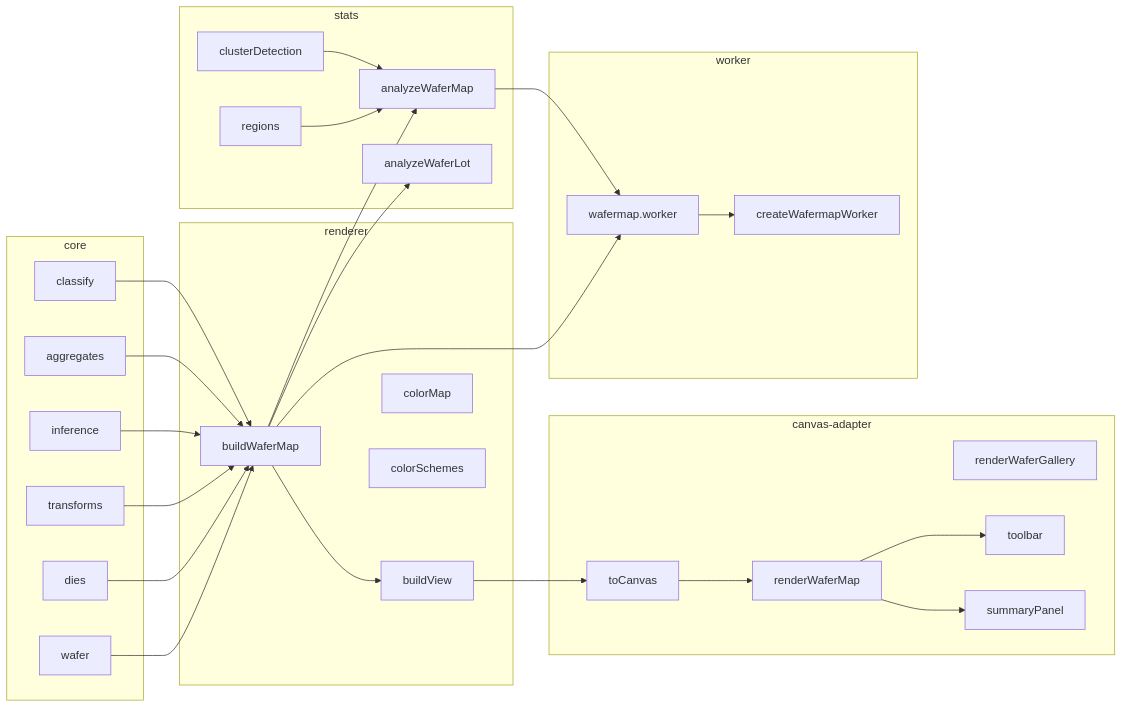
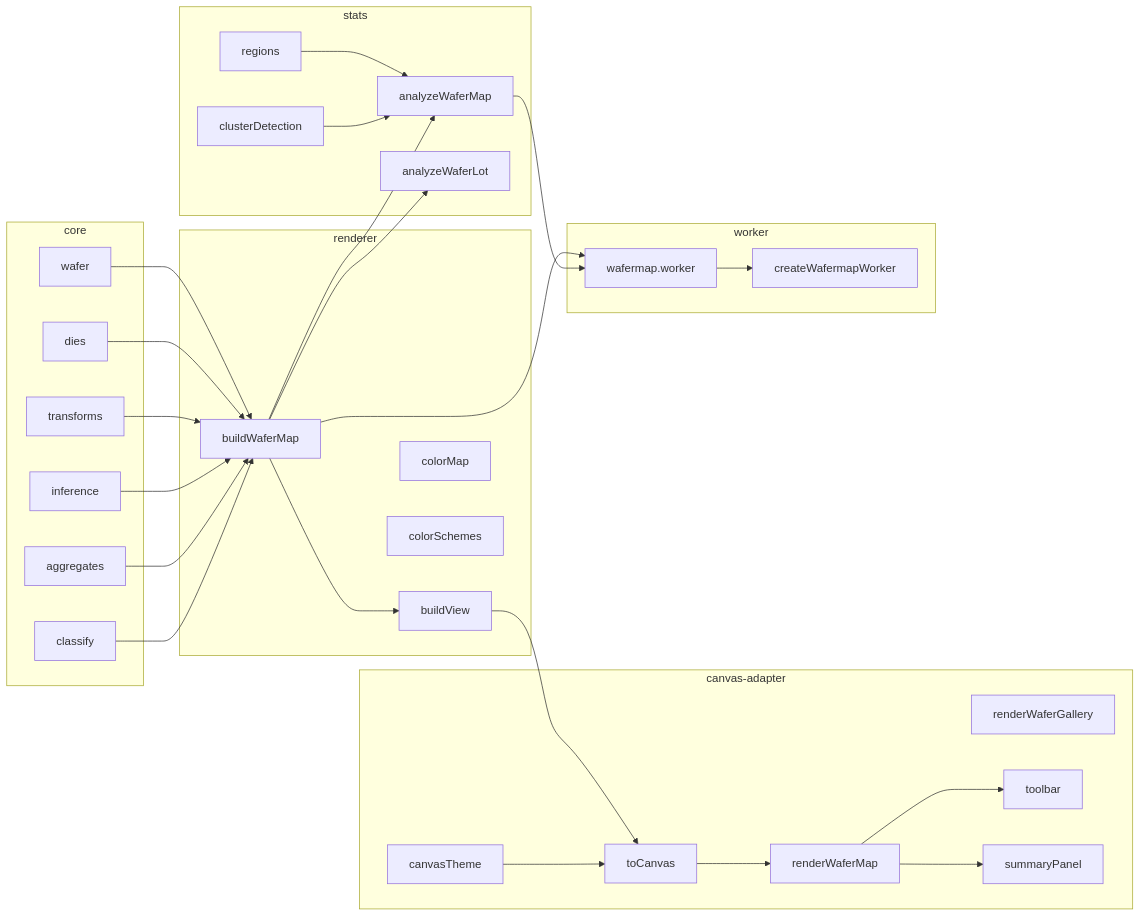
One commit to wafertools/wafermap changed the second of 5 diagrams in docs/architecture.md. Above: the diagram before and after it, drawn with Mermaid. The commit also changed 20 other files, not shown here.

````diff
--- a/docs/architecture.md
+++ b/docs/architecture.md
@@ -57,60 +57,62 @@
 ```mermaid
 graph LR
     subgraph Core[core]
         core1["wafer"]
         core2["dies"]
         core3["transforms"]
         core4["inference"]
         core5["aggregates"]
         core6["classify"]
     end
 
     subgraph Renderer[renderer]
         r1["buildWaferMap"]
         r2["buildView"]
         r3["colorMap"]
         r4["colorSchemes"]
     end
 
     subgraph Canvas[canvas-adapter]
         c1["renderWaferMap"]
         c2["renderWaferGallery"]
         c3["toCanvas"]
         c4["toolbar"]
         c5["summaryPanel"]
+        c6["canvasTheme"]
     end
 
     subgraph Stats[stats]
         s1["analyzeWaferMap"]
         s2["analyzeWaferLot"]
         s3["regions"]
         s4["clusterDetection"]
     end
 
     subgraph Worker[worker]
         w1["wafermap.worker"]
         w2["createWafermapWorker"]
     end
 
     core1 --> r1
     core2 --> r1
     core3 --> r1
     core4 --> r1
     core5 --> r1
     core6 --> r1
 
     r1 --> r2
     r2 --> c3
+    c6 --> c3
     c3 --> c1
     c1 --> c4
     c1 --> c5
 
     r1 --> s1
     r1 --> s2
     s3 --> s1
     s4 --> s1
 
     r1 --> w1
     s1 --> w1
     w1 --> w2
 ```
````
